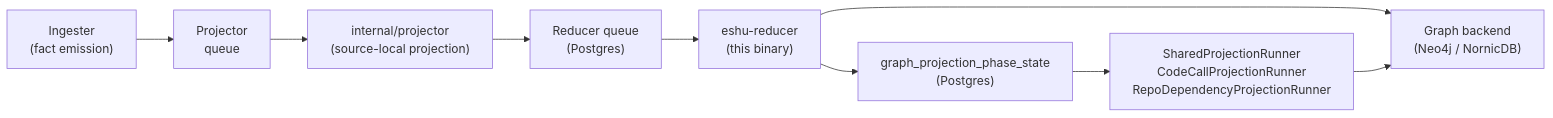
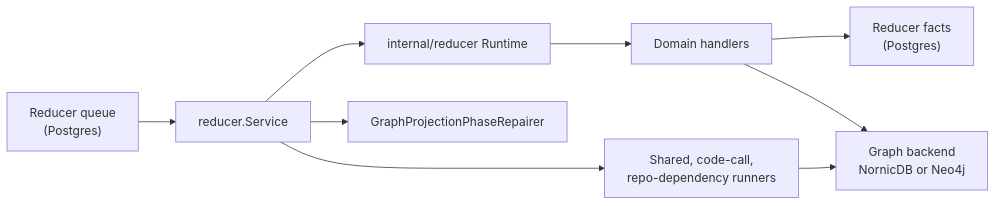
One commit to eshu-hq/eshu changed the diagram in go/cmd/reducer/README.md. Above: the diagram before and after it, drawn with Mermaid. The commit also changed other lines of this file and 12 other files, not shown here.

````diff
--- a/go/cmd/reducer/README.md
+++ b/go/cmd/reducer/README.md
@@ -11,11 +20,11 @@
 ```mermaid
 flowchart LR
-  Ingester["Ingester\n(fact emission)"] --> ProjQ["Projector\nqueue"]
-  ProjQ --> Projector["internal/projector\n(source-local projection)"]
-  Projector --> ReducerQ["Reducer queue\n(Postgres)"]
-  ReducerQ --> Reducer["eshu-reducer\n(this binary)"]
-  Reducer --> Graph["Graph backend\n(Neo4j / NornicDB)"]
-  Reducer --> PhaseState["graph_projection_phase_state\n(Postgres)"]
-  PhaseState --> SharedRunners["SharedProjectionRunner\nCodeCallProjectionRunner\nRepoDependencyProjectionRunner"]
-  SharedRunners --> Graph
+  Queue["Reducer queue\n(Postgres)"] --> Service["reducer.Service"]
+  Service --> Runtime["internal/reducer Runtime"]
+  Runtime --> Handlers["Domain handlers"]
+  Handlers --> Facts["Reducer facts\n(Postgres)"]
+  Handlers --> Graph["Graph backend\nNornicDB or Neo4j"]
+  Service --> Shared["Shared, code-call,\nrepo-dependency runners"]
+  Shared --> Graph
+  Service --> Repair["GraphProjectionPhaseRepairer"]
 ```
````
